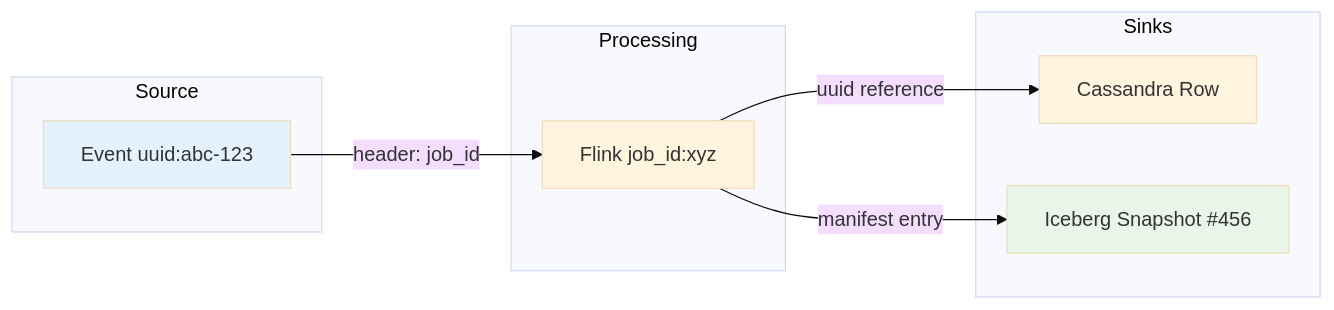
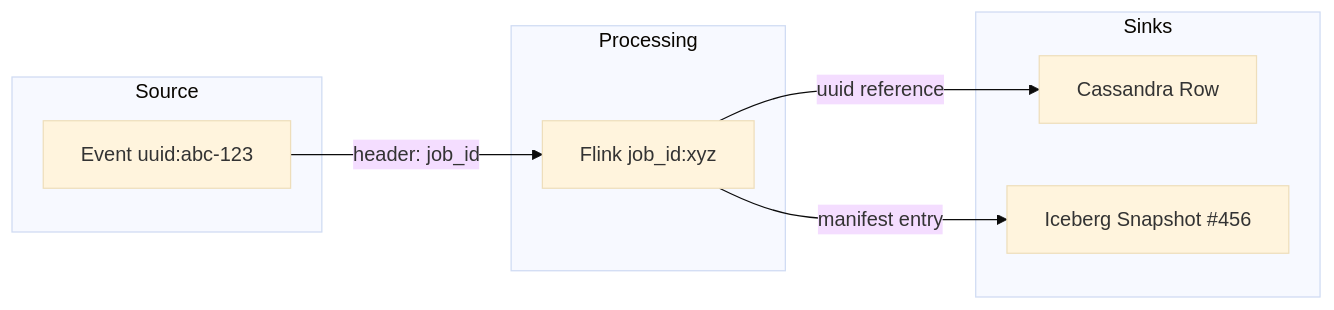
One commit to udaytamma/Cyrus changed the seventh of 8 diagrams in gemini-responses/data-pipeline-netflix.md. Above: the diagram before and after it, drawn with Mermaid (base theme). The commit also changed other lines of this file and 8 other files, not shown here.

````diff
--- a/gemini-responses/data-pipeline-netflix.md
+++ b/gemini-responses/data-pipeline-netflix.md
@@ -315,22 +346,19 @@
 ```mermaid
 flowchart LR
     subgraph Source["Source"]
         EV[Event uuid:abc-123]
     end
 
     subgraph Processing["Processing"]
         JOB[Flink job_id:xyz]
     end
 
     subgraph Sinks["Sinks"]
         ROW[Cassandra Row]
         SNAP[Iceberg Snapshot #456]
     end
 
     EV -->|"header: job_id"| JOB
     JOB -->|"uuid reference"| ROW
     JOB -->|"manifest entry"| SNAP
-
-    style EV fill:#e3f2fd
-    style SNAP fill:#e8f5e9
 ```
````
